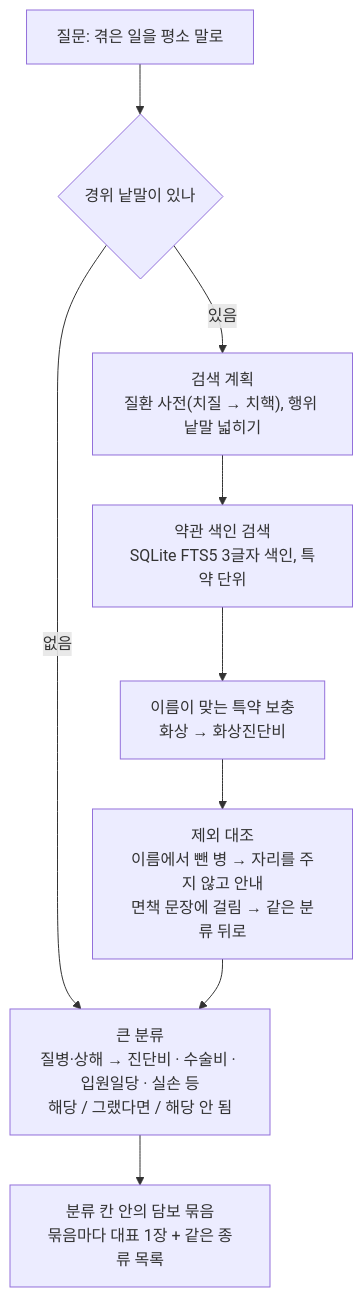
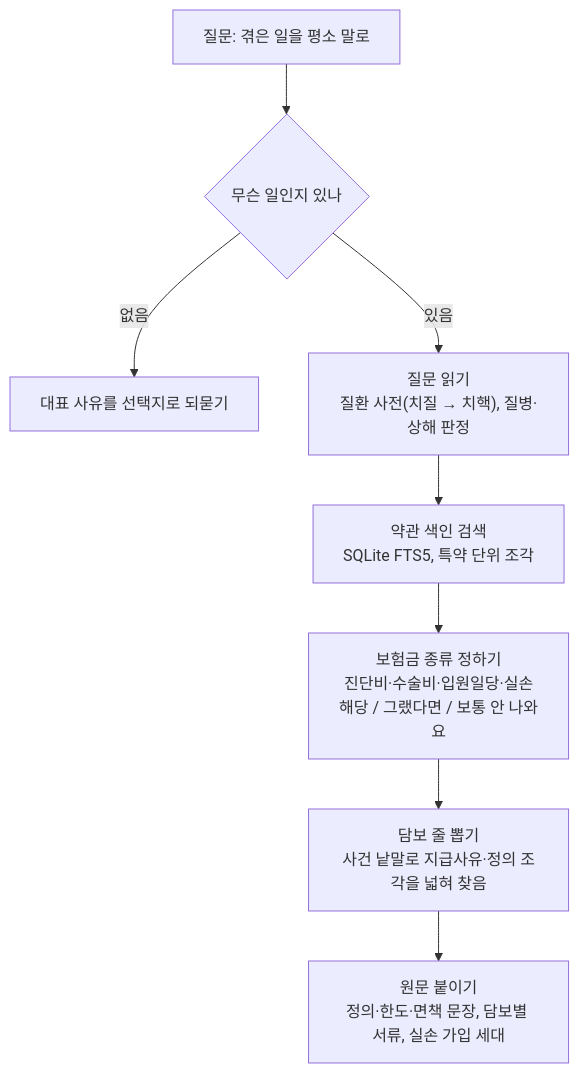
Before and after one commit to wpalswpa/foundshu-rag-evidence: the diagram in README.md, drawn with Mermaid. The commit also changed other lines of this file and 10 other files, not shown here.

````diff
--- a/README.md
+++ b/README.md
@@ -33,11 +43,10 @@
 ```mermaid
 flowchart TD
-  Q["질문: 겪은 일을 평소 말로"] --> C{"경위 낱말이 있나"}
-  C -->|"없음"| K["대표 사유를 선택지로 되묻기<br>한 번만, 모델 호출 없음"]
-  C -->|"있음"| P["검색 계획<br>질환 사전(치질 → 치핵), 행위 낱말 넓히기"]
-  P --> S["약관 색인 검색<br>SQLite FTS5 3글자 색인, 특약 단위"]
-  S --> N["이름이 맞는 특약 보충<br>화상 → 화상진단비"]
-  N --> X["제외 대조<br>이름에서 뺀 병 → 자리를 주지 않고 안내<br>면책 문장에 걸림 → 같은 분류 뒤로"]
-  X --> K["큰 분류<br>질병·상해 → 진단비 · 수술비 · 입원일당 · 실손 등<br>해당 / 그랬다면 / 해당 안 됨"]
-  K --> G["분류 칸 안의 담보 묶음<br>묶음마다 대표 1장 + 같은 종류 목록"]
+  Q["질문: 겪은 일을 평소 말로"] --> C{"무슨 일인지 있나"}
+  C -->|"없음"| A["대표 사유를 선택지로 되묻기"]
+  C -->|"있음"| P["질문 읽기<br>질환 사전(치질 → 치핵), 질병·상해 판정"]
+  P --> S["약관 색인 검색<br>SQLite FTS5, 특약 단위 조각"]
+  S --> K["보험금 종류 정하기<br>진단비·수술비·입원일당·실손<br>해당 / 그랬다면 / 보통 안 나와요"]
+  K --> G["담보 줄 뽑기<br>사건 낱말로 지급사유·정의 조각을 넓혀 찾음"]
+  G --> D["원문 붙이기<br>정의·한도·면책 문장, 담보별 서류, 실손 가입 세대"]
 ```
````
